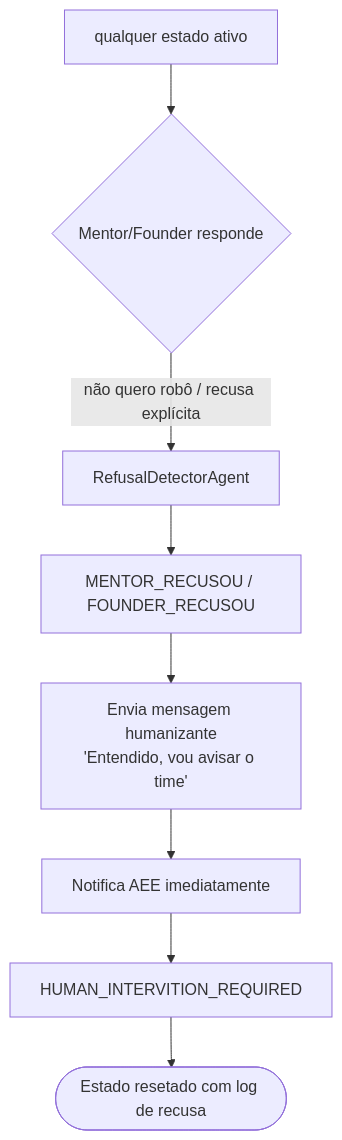
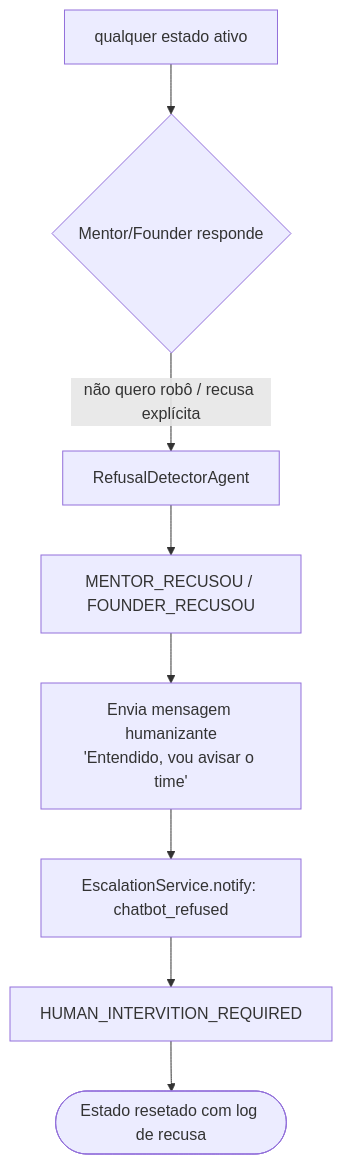
One commit to brunopichulate/schedulling-agent changed the ninth of 15 diagrams in docs/discovery/06-flow-map.md. Above: the diagram before and after it, drawn with Mermaid. The commit also changed other lines of this file and 5 other files, not shown here.

First line of the commit message:
fix timeout + update stages 5-6 and all flow diagrams

````diff
--- a/docs/discovery/06-flow-map.md
+++ b/docs/discovery/06-flow-map.md
@@ -205,10 +208,10 @@
 ```mermaid
 flowchart TD
     D[qualquer estado ativo] --> E{Mentor/Founder responde}
     E -->|"não quero robô" / recusa explícita| F[RefusalDetectorAgent]
     F --> G[MENTOR_RECUSOU / FOUNDER_RECUSOU]
     G --> H[Envia mensagem humanizante\n'Entendido, vou avisar o time']
-    H --> I[Notifica AEE imediatamente]
+    H --> I[EscalationService.notify: chatbot_refused]
     I --> J[HUMAN_INTERVITION_REQUIRED]
     J --> K([Estado resetado com log de recusa])
 ```
````
